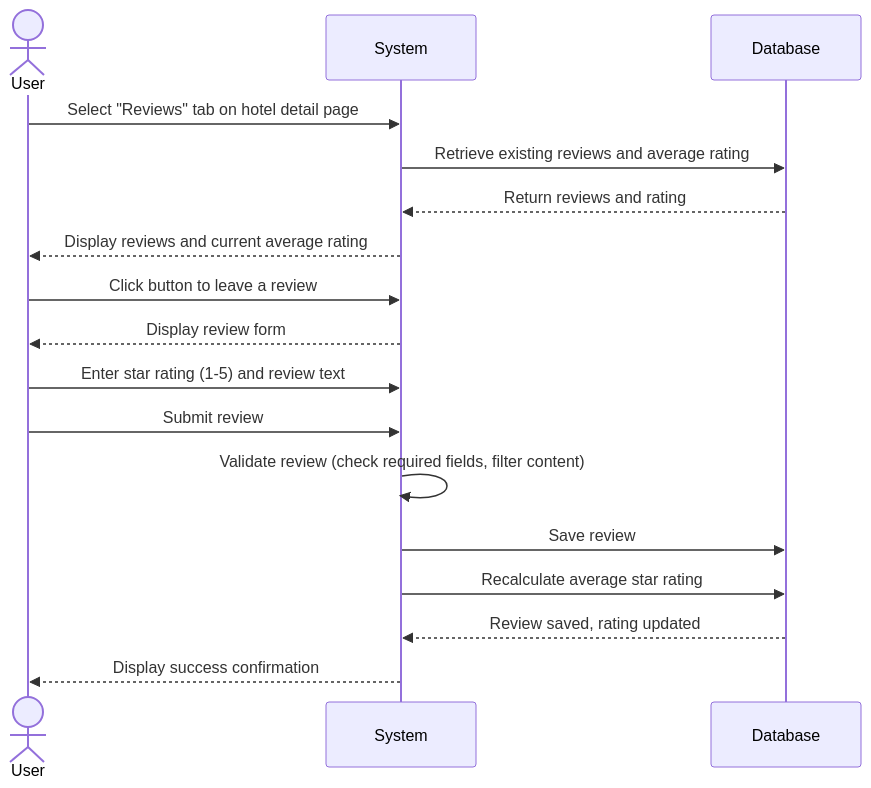
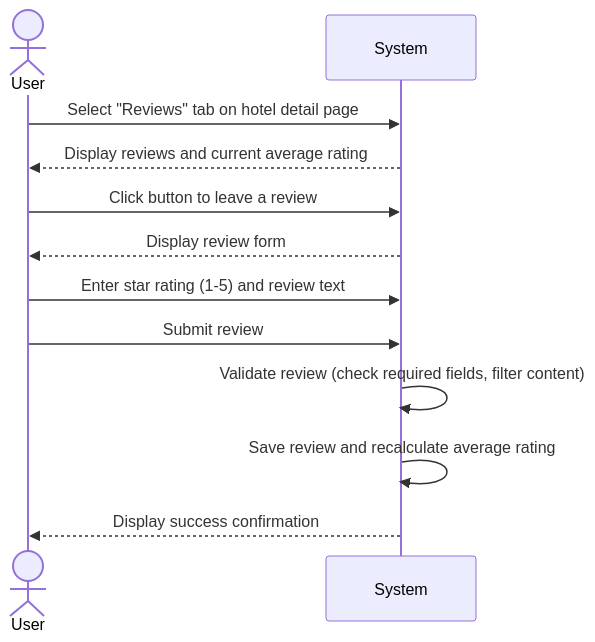
Before and after one commit to JaceYar/Software1-Proj: the diagram in Documentation/User-Cases/Review.md, drawn with Mermaid. The commit also changed 11 other files, not shown here.

Commit message:
fix the diagrams

````diff
--- a/Documentation/User-Cases/Review.md
+++ b/Documentation/User-Cases/Review.md
@@ -11,20 +11,15 @@
 ```mermaid
 sequenceDiagram
     actor User
     participant System
-    participant Database
 
     User->>System: Select "Reviews" tab on hotel detail page
-    System->>Database: Retrieve existing reviews and average rating
-    Database-->>System: Return reviews and rating
     System-->>User: Display reviews and current average rating
     User->>System: Click button to leave a review
     System-->>User: Display review form
     User->>System: Enter star rating (1-5) and review text
     User->>System: Submit review
     System->>System: Validate review (check required fields, filter content)
-    System->>Database: Save review
-    System->>Database: Recalculate average star rating
-    Database-->>System: Review saved, rating updated
+    System->>System: Save review and recalculate average rating
     System-->>User: Display success confirmation
 ```
````
